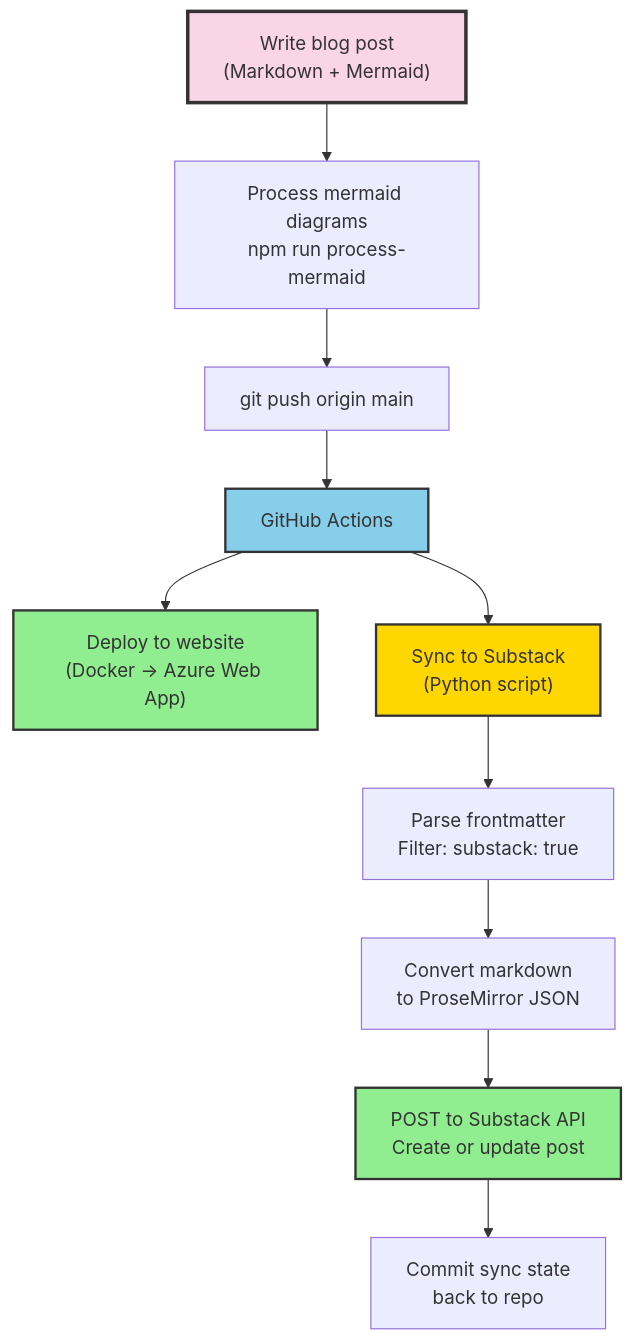
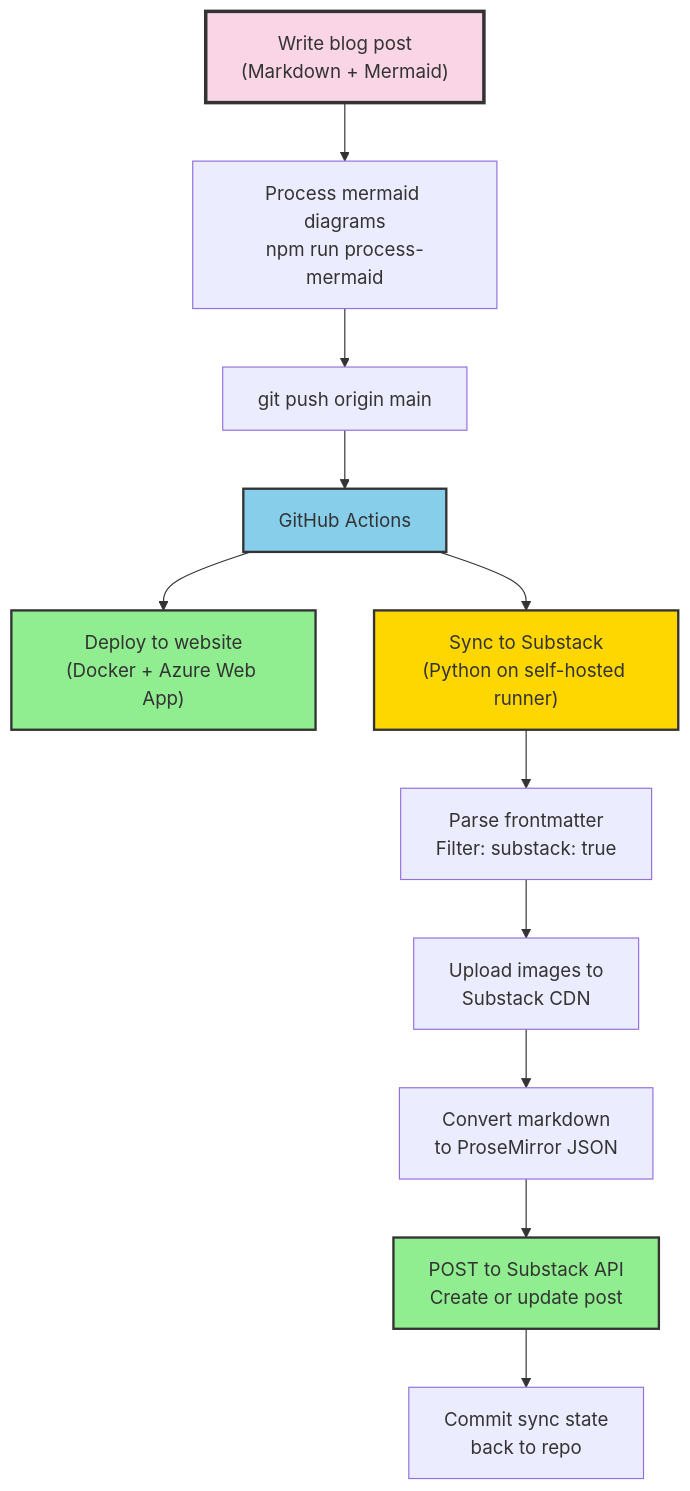
Before and after one commit to Ideaplaces/ciprianrarau.com: the first of 3 diagrams in src/data/post/substack-auto-sync-from-markdown-to-newsletter.md, drawn with Mermaid. The commit also changed other lines of this file and 3 other files, not shown here.

First line of the commit message:
Update Substack sync blog post with image CDN upload and proper Mermaid diagrams

````diff
--- a/src/data/post/substack-auto-sync-from-markdown-to-newsletter.md
+++ b/src/data/post/substack-auto-sync-from-markdown-to-newsletter.md
@@ -43,19 +43,20 @@
 ```mermaid
 flowchart TD
-    A["Write blog post\n(Markdown + Mermaid)"]
-    A --> B["Process mermaid diagrams\nnpm run process-mermaid"]
+    A["Write blog post<br/>(Markdown + Mermaid)"]
+    A --> B["Process mermaid diagrams<br/>npm run process-mermaid"]
     B --> C["git push origin main"]
     C --> D["GitHub Actions"]
-    D --> E["Deploy to website\n(Docker → Azure Web App)"]
-    D --> F["Sync to Substack\n(Python script)"]
-    F --> G["Parse frontmatter\nFilter: substack: true"]
-    G --> H["Convert markdown\nto ProseMirror JSON"]
-    H --> I["POST to Substack API\nCreate or update post"]
-    I --> J["Commit sync state\nback to repo"]
+    D --> E["Deploy to website<br/>(Docker + Azure Web App)"]
+    D --> F["Sync to Substack<br/>(Python on self-hosted runner)"]
+    F --> G["Parse frontmatter<br/>Filter: substack: true"]
+    G --> H["Upload images to<br/>Substack CDN"]
+    H --> I["Convert markdown<br/>to ProseMirror JSON"]
+    I --> J["POST to Substack API<br/>Create or update post"]
+    J --> K["Commit sync state<br/>back to repo"]
 
     style A fill:#f9d5e5,stroke:#333,stroke-width:3px
     style D fill:#87CEEB,stroke:#333,stroke-width:2px
     style E fill:#90EE90,stroke:#333,stroke-width:2px
     style F fill:#FFD700,stroke:#333,stroke-width:2px
-    style I fill:#90EE90,stroke:#333,stroke-width:2px
+    style J fill:#90EE90,stroke:#333,stroke-width:2px
 ```
````
